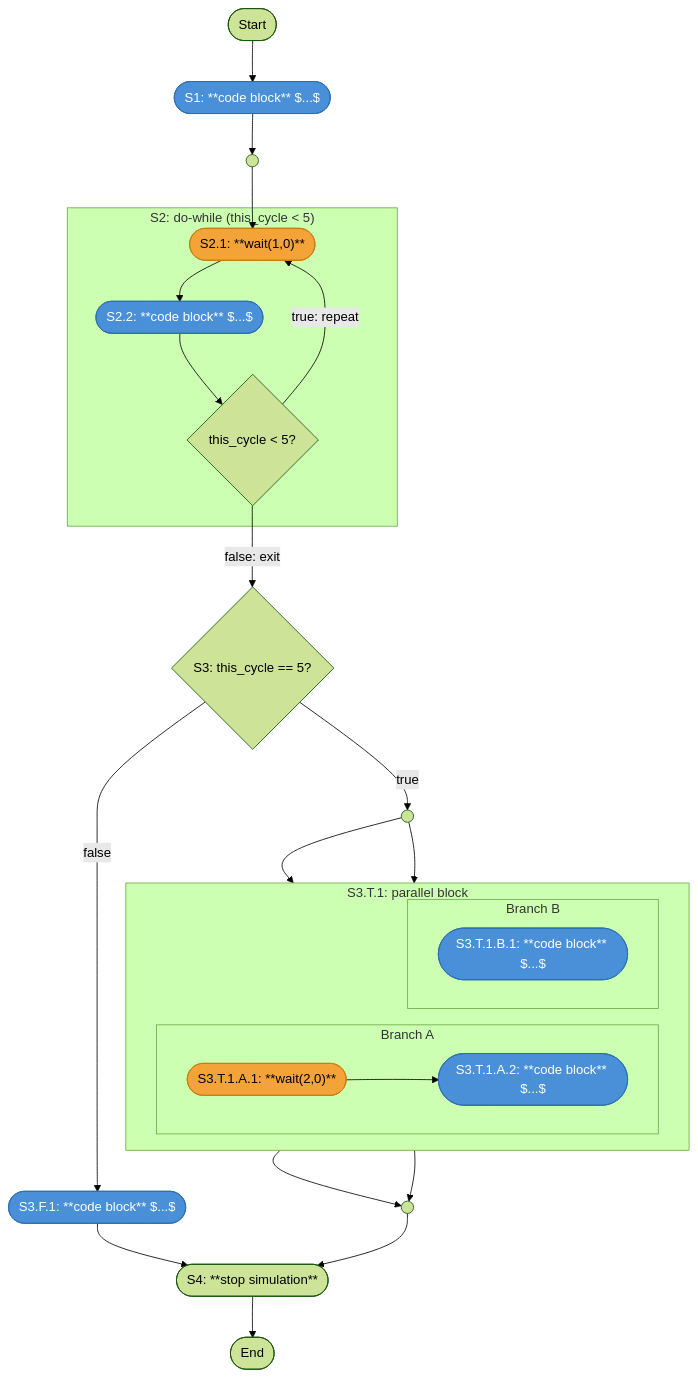
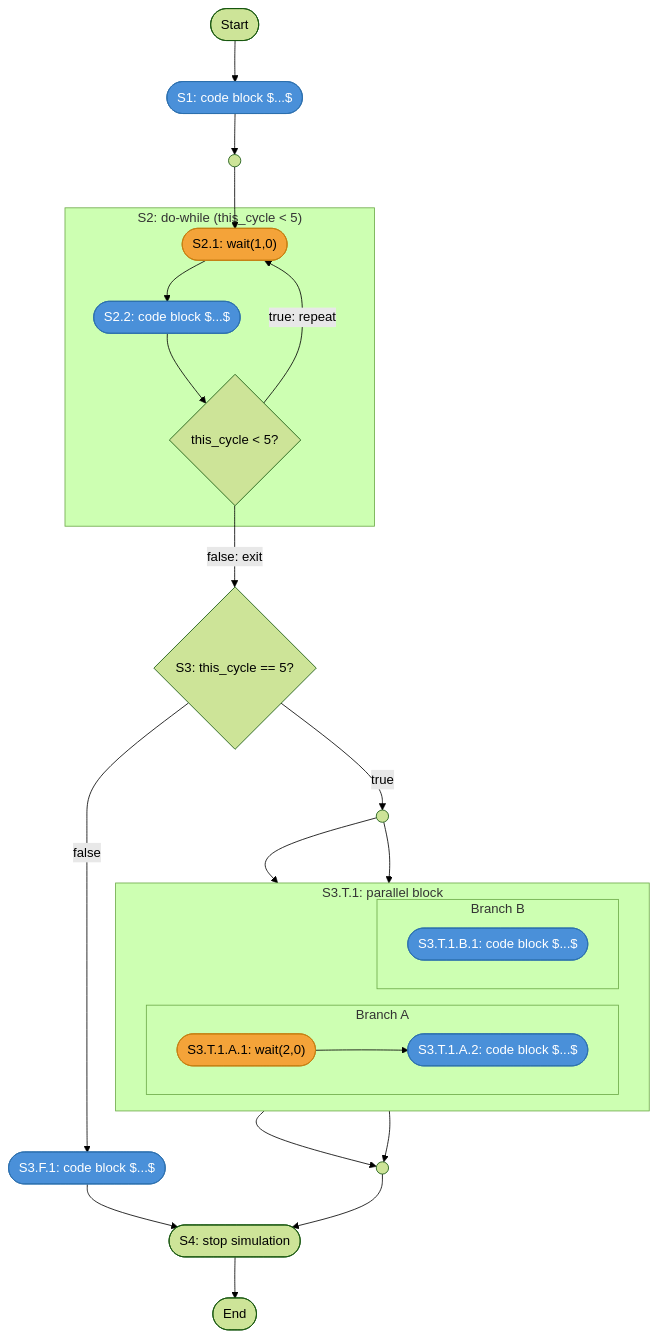
The second of 2 diagrams in docs/module_behavior.md (sitar-sim/sitar), drawn with Mermaid (forest theme) before and after one commit. The commit also changed 3 other files, not shown here.

````diff
--- a/docs/module_behavior.md
+++ b/docs/module_behavior.md
@@ -90,45 +90,45 @@
 ```mermaid
 flowchart TD
     START(["Start"]) --> S1
 
-    S1(["S1: **code block** $...$"]):::code --> S2_ENTER
+    S1(["S1: code block $...$"]):::code --> S2_ENTER
 
     subgraph S2["S2: do-while (this_cycle < 5)"]
-        S2_1(["S2.1: **wait(1,0)**"]):::wait
-        S2_2(["S2.2: **code block** $...$"]):::code
+        S2_1(["S2.1: wait(1,0)"]):::wait
+        S2_2(["S2.2: code block $...$"]):::code
         S2_CHK{"this_cycle < 5?"}
         S2_1 --> S2_2 --> S2_CHK
     end
 
     S2_ENTER((" ")) --> S2_1
     S2_CHK -->|"true: repeat"| S2_1
     S2_CHK -->|"false: exit"| S3_COND
 
     S3_COND{"S3: this_cycle == 5?"}
     S3_COND -->|"true"| S3_T1_ENTER
 
     subgraph S3_T1["S3.T.1: parallel block"]
         direction LR
         subgraph BranchA["Branch A"]
-            PA1(["S3.T.1.A.1: **wait(2,0)**"]):::wait --> PA2
-            PA2(["S3.T.1.A.2: **code block** $...$"]):::code
+            PA1(["S3.T.1.A.1: wait(2,0)"]):::wait --> PA2
+            PA2(["S3.T.1.A.2: code block $...$"]):::code
         end
         subgraph BranchB["Branch B"]
-            PB1(["S3.T.1.B.1: **code block** $...$"]):::code
+            PB1(["S3.T.1.B.1: code block $...$"]):::code
         end
     end
 
     S3_T1_ENTER((" ")) --> PA1
     S3_T1_ENTER --> PB1
     PA2 --> S3_T1_DONE
     PB1 --> S3_T1_DONE
 
     S3_COND -->|"false"| S3_F1
-    S3_F1(["S3.F.1: **code block** $...$"]):::code --> S4
+    S3_F1(["S3.F.1: code block $...$"]):::code --> S4
 
     S3_T1_DONE((" ")) --> S4
-    S4(["S4: **stop simulation**"]) --> STOP(["End"])
+    S4(["S4: stop simulation"]) --> STOP(["End"])
 
     classDef wait fill:#f4a339,color:#000,stroke:#c47d10
     classDef code fill:#4a90d9,color:#fff,stroke:#2c6fad
 ```
````
